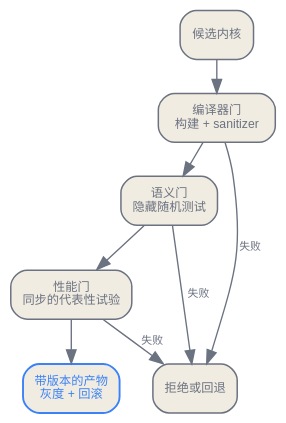
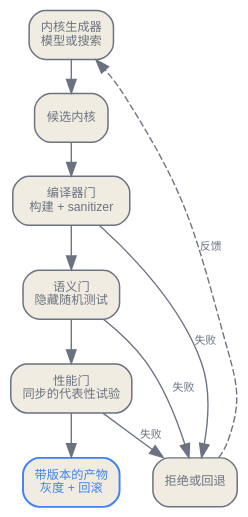
One commit to latere-ai/ai-as-an-infrastructure changed the second of 2 diagrams in zh/infrastructure/03-compilers-kernels.qmd. Above: the diagram before and after it, drawn with Graphviz. The commit also changed 1 other file, not shown here.

Commit message:
infrastructure: draw the feedback edge from rejected kernels to the generator

````diff
--- a/zh/infrastructure/03-compilers-kernels.qmd
+++ b/zh/infrastructure/03-compilers-kernels.qmd
@@ -288,26 +288,33 @@
 ```{dot}
 //| label: fig-compilers-kernels-validation
 //| fig-cap: "生成内核只有通过彼此独立的语义门、编译器门和性能门，才能被接受。失败会回到生成器或已知回退路径，绝不会直接进入生产环境。"
 digraph validation {
   bgcolor="transparent";
   rankdir=TB;
   nodesep=0.32;
   ranksep=0.32;
   node [shape=box, style="rounded,filled", fontname="Helvetica", fontsize=9,
         color="#6b7280", fontcolor="#6b7280", fillcolor="#f1ece1", penwidth=1.1];
   edge [color="#6b7280", fontname="Helvetica", fontsize=8, fontcolor="#6b7280"];
 
+  generator [label="内核生成器\n模型或搜索"];
   candidate [label="候选内核"];
   compile [label="编译器门\n构建 + sanitizer"];
   semantic [label="语义门\n隐藏随机测试"];
   performance [label="性能门\n同步的代表性试验"];
   accept [label="带版本的产物\n灰度 + 回滚", color="#3b82f6",
           fontcolor="#3b82f6", penwidth=1.4];
   reject [label="拒绝或回退"];
 
-  candidate -> compile -> semantic -> performance -> accept;
+  // One group keeps the accept path in a straight column; the fail and
+  // feedback edges run beside it.
+  generator [group=main]; candidate [group=main]; compile [group=main];
+  semantic [group=main]; performance [group=main]; accept [group=main];
+
+  generator -> candidate -> compile -> semantic -> performance -> accept;
   compile -> reject [label="失败"];
   semantic -> reject [label="失败"];
   performance -> reject [label="失败"];
+  reject -> generator [label="反馈", style=dashed, constraint=false];
 }
 ```
````
